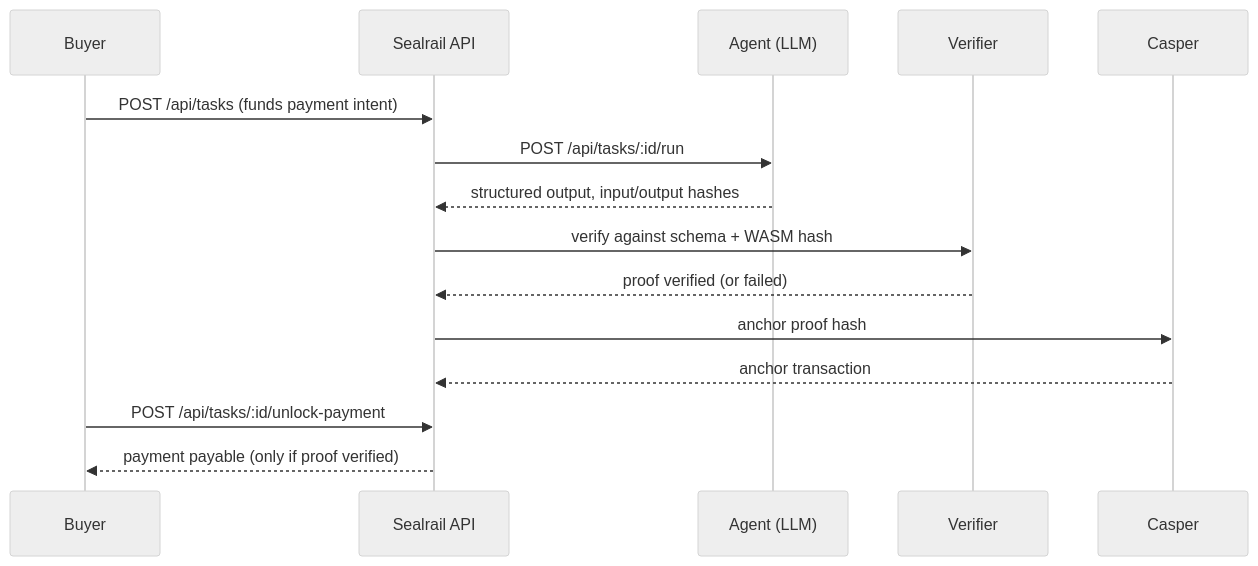
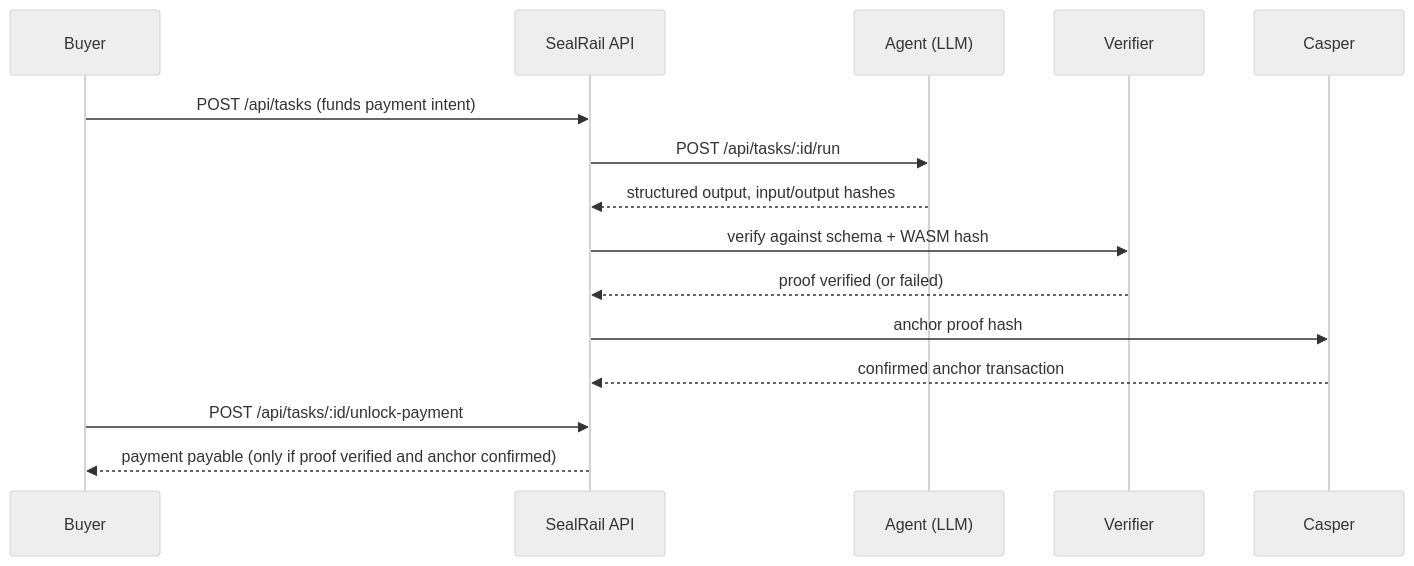
One commit to mystiquemide/sealrail changed the second of 2 diagrams in README.md. Above: the diagram before and after it, drawn with Mermaid (neutral theme). The commit also changed other lines of this file, not shown here.

````diff
--- a/README.md
+++ b/README.md
@@ -46,18 +95,18 @@
 ```mermaid
 sequenceDiagram
   participant B as Buyer
-  participant S as Sealrail API
+  participant S as SealRail API
   participant A as Agent (LLM)
   participant V as Verifier
   participant C as Casper
 
   B->>S: POST /api/tasks (funds payment intent)
   S->>A: POST /api/tasks/:id/run
   A-->>S: structured output, input/output hashes
   S->>V: verify against schema + WASM hash
   V-->>S: proof verified (or failed)
   S->>C: anchor proof hash
-  C-->>S: anchor transaction
+  C-->>S: confirmed anchor transaction
   B->>S: POST /api/tasks/:id/unlock-payment
-  S-->>B: payment payable (only if proof verified)
+  S-->>B: payment payable (only if proof verified and anchor confirmed)
 ```
````
